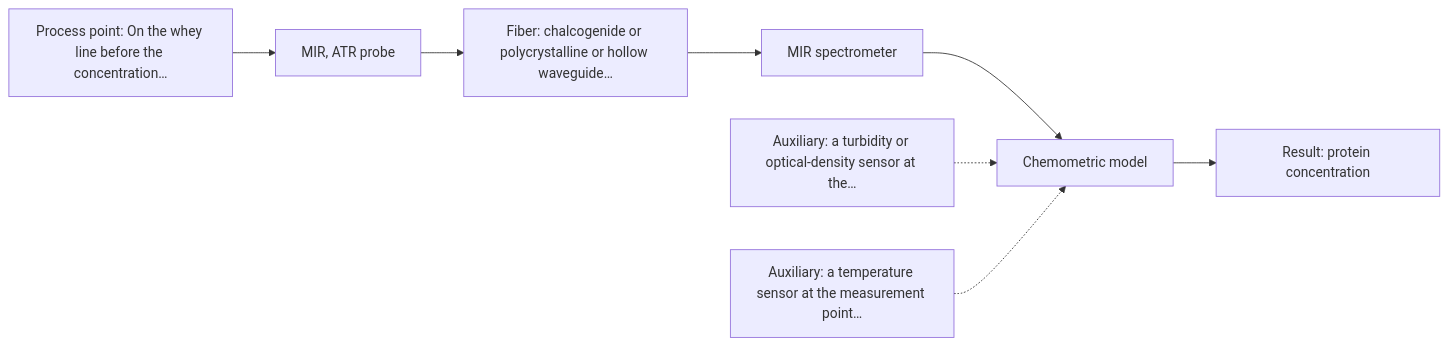
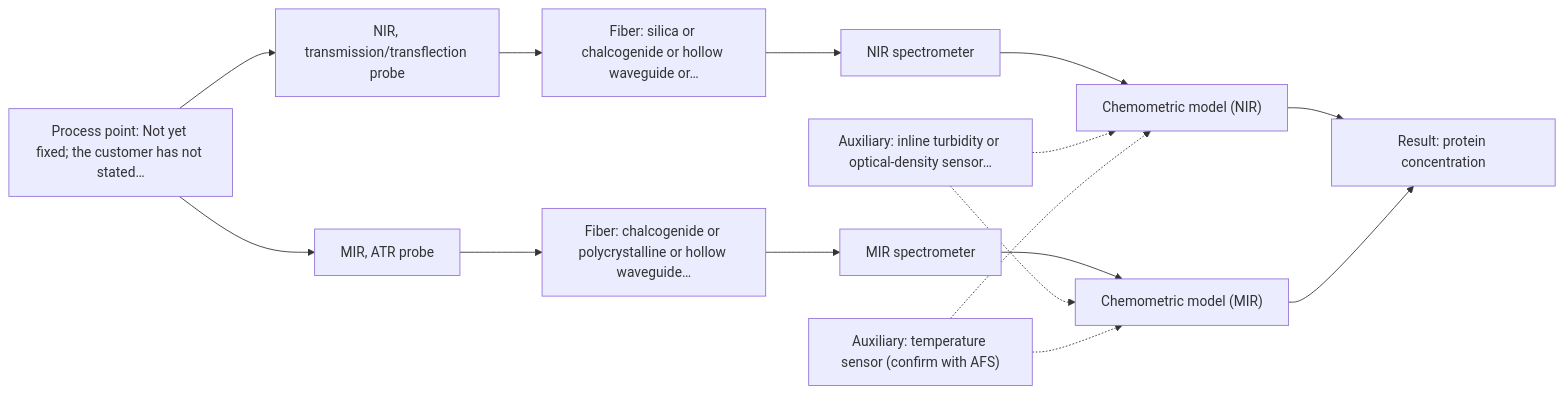
Before and after one commit to sleipnir029/Afs-Spectroscopy-Assistant: the first of 2 diagrams in outputs/dev/D03.md, drawn with Mermaid. The commit also changed other lines of this file and 41 other files, not shown here.

````diff
--- a/outputs/dev/D03.md
+++ b/outputs/dev/D03.md
@@ -38,18 +38,29 @@
 ```mermaid
 flowchart LR
-    proc["Process point: On the whey line before the concentration…"]
-    probe1["MIR, ATR probe"]
-    fiber1["Fiber: chalcogenide or polycrystalline or hollow waveguide…"]
-    spec1["MIR spectrometer"]
-    model["Chemometric model"]
+    proc["Process point: Not yet fixed; the customer has not stated…"]
+    probe1["NIR, transmission/transflection probe"]
+    fiber1["Fiber: silica or chalcogenide or hollow waveguide or…"]
+    spec1["NIR spectrometer"]
+    model1["Chemometric model (NIR)"]
+    probe2["MIR, ATR probe"]
+    fiber2["Fiber: chalcogenide or polycrystalline or hollow waveguide…"]
+    spec2["MIR spectrometer"]
+    model2["Chemometric model (MIR)"]
     result["Result: protein concentration"]
-    aux1["Auxiliary: a turbidity or optical-density sensor at the…"]
-    aux2["Auxiliary: a temperature sensor at the measurement point…"]
+    aux1["Auxiliary: inline turbidity or optical-density sensor…"]
+    aux2["Auxiliary: temperature sensor (confirm with AFS)"]
     proc --> probe1
     probe1 --> fiber1
     fiber1 --> spec1
-    spec1 --> model
-    model --> result
-    aux1 -.-> model
-    aux2 -.-> model
+    spec1 --> model1
+    proc --> probe2
+    probe2 --> fiber2
+    fiber2 --> spec2
+    spec2 --> model2
+    model1 --> result
+    model2 --> result
+    aux1 -.-> model1
+    aux1 -.-> model2
+    aux2 -.-> model1
+    aux2 -.-> model2
 ```
````
